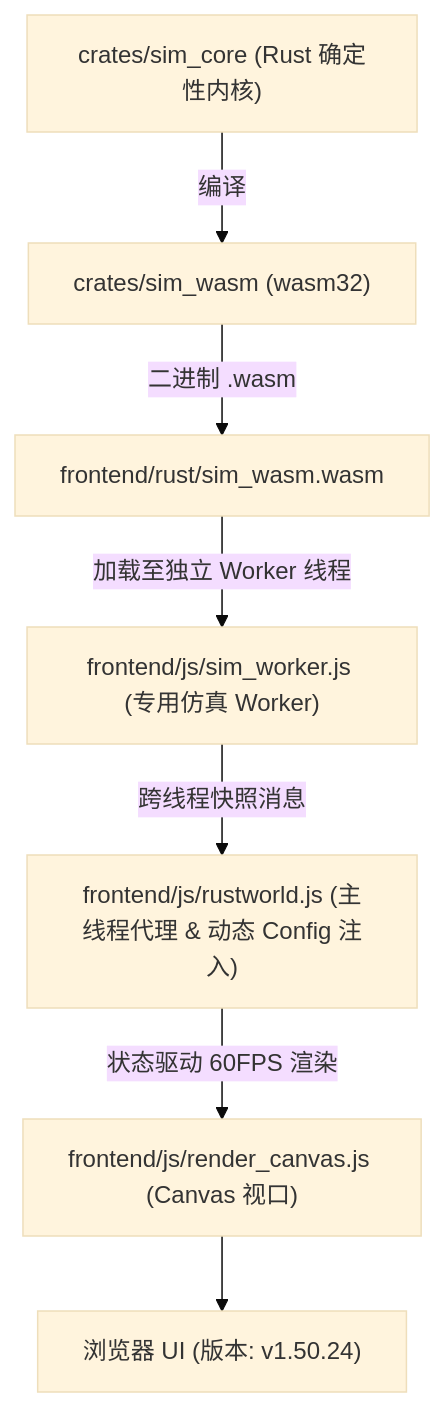
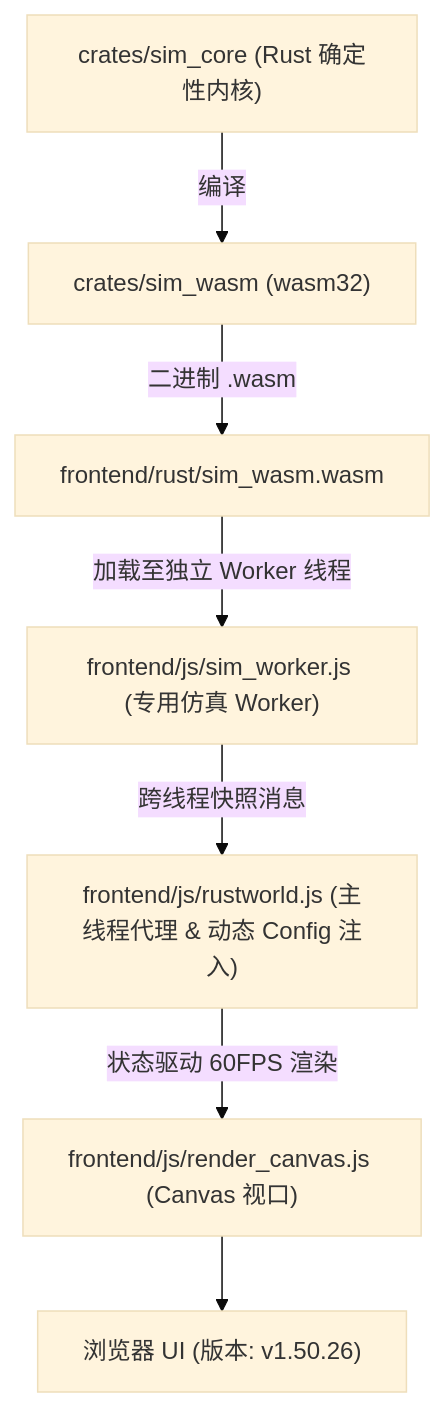
Before and after one commit to g39088902/FlowAndAccord: the diagram in AGENTS.md, drawn with Mermaid (base theme). The commit also changed other lines of this file and 16 other files, not shown here.

````diff
--- a/AGENTS.md
+++ b/AGENTS.md
@@ -62,9 +62,9 @@
 ```mermaid
 graph TD
     A["crates/sim_core (Rust 确定性内核)"] -->|编译| B["crates/sim_wasm (wasm32)"]
     B -->|二进制 .wasm| C["frontend/rust/sim_wasm.wasm"]
     C -->|加载至独立 Worker 线程| D["frontend/js/sim_worker.js (专用仿真 Worker)"]
     D -->|跨线程快照消息| E["frontend/js/rustworld.js (主线程代理 & 动态 Config 注入)"]
     E -->|状态驱动 60FPS 渲染| F["frontend/js/render_canvas.js (Canvas 视口)"]
-    F --> G["浏览器 UI (版本: v1.50.24)"]
+    F --> G["浏览器 UI (版本: v1.50.26)"]
 ```
````
